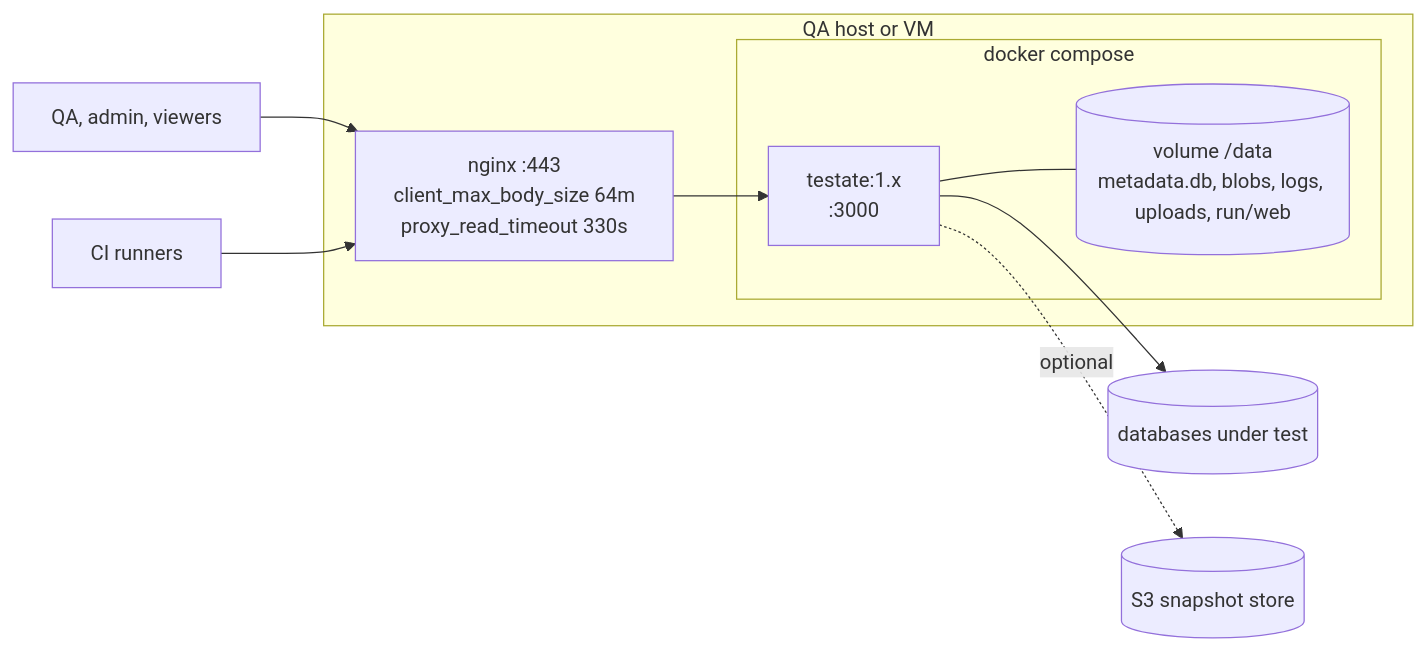
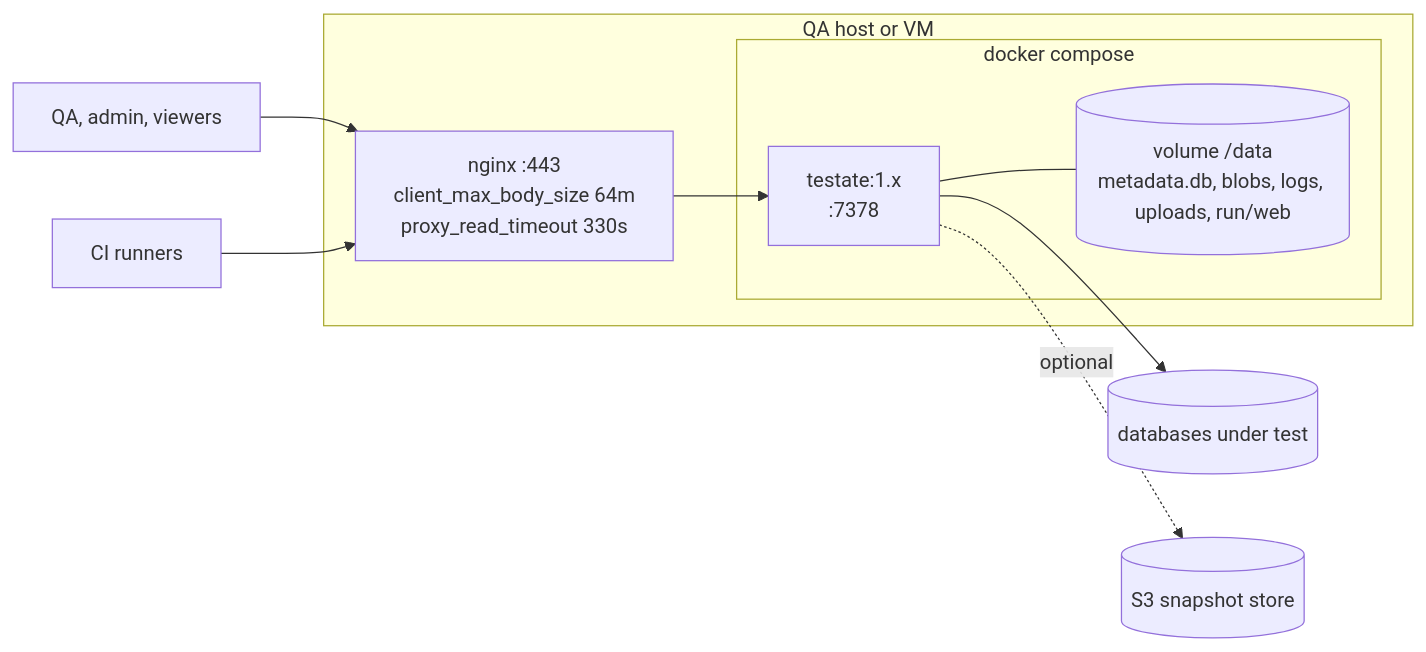
Before and after one commit to PT-Perkasa-Pilar-Utama/testate: the third of 3 diagrams in docs/technical-specs/02-system-architecture.md, drawn with Mermaid. The commit also changed 20 other files, not shown here.

````diff
--- a/docs/technical-specs/02-system-architecture.md
+++ b/docs/technical-specs/02-system-architecture.md
@@ -109,16 +109,16 @@
 ```mermaid
 graph LR
   subgraph Host["QA host or VM"]
     subgraph Compose["docker compose"]
-      T[testate:1.x\n:3000]
+      T[testate:1.x\n:7378]
       V[(volume /data\nmetadata.db, blobs, logs, uploads, run/web)]
       T --- V
     end
     NG[nginx :443\nclient_max_body_size 64m\nproxy_read_timeout 330s]
     NG --> T
   end
   Users[QA, admin, viewers] --> NG
   CI[CI runners] --> NG
   T --> DBs[(databases under test)]
   T -.optional.-> S3[(S3 snapshot store)]
 ```
````
